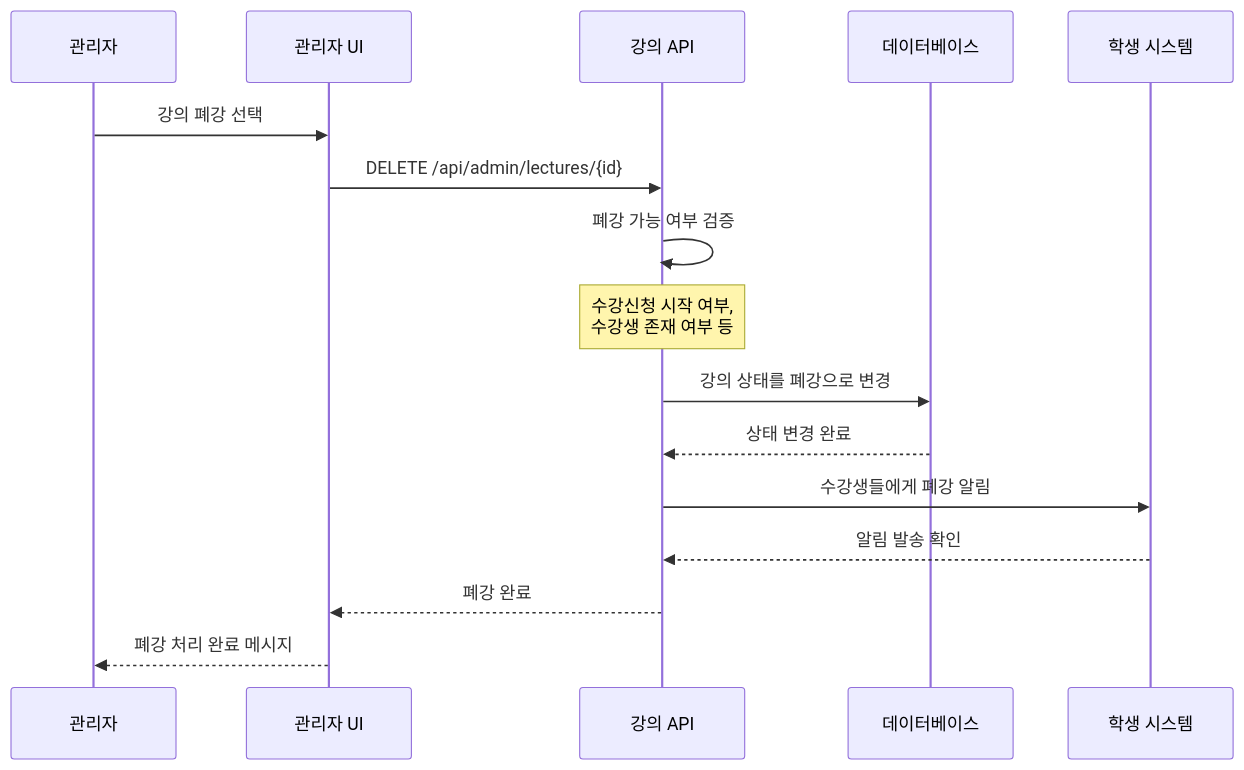
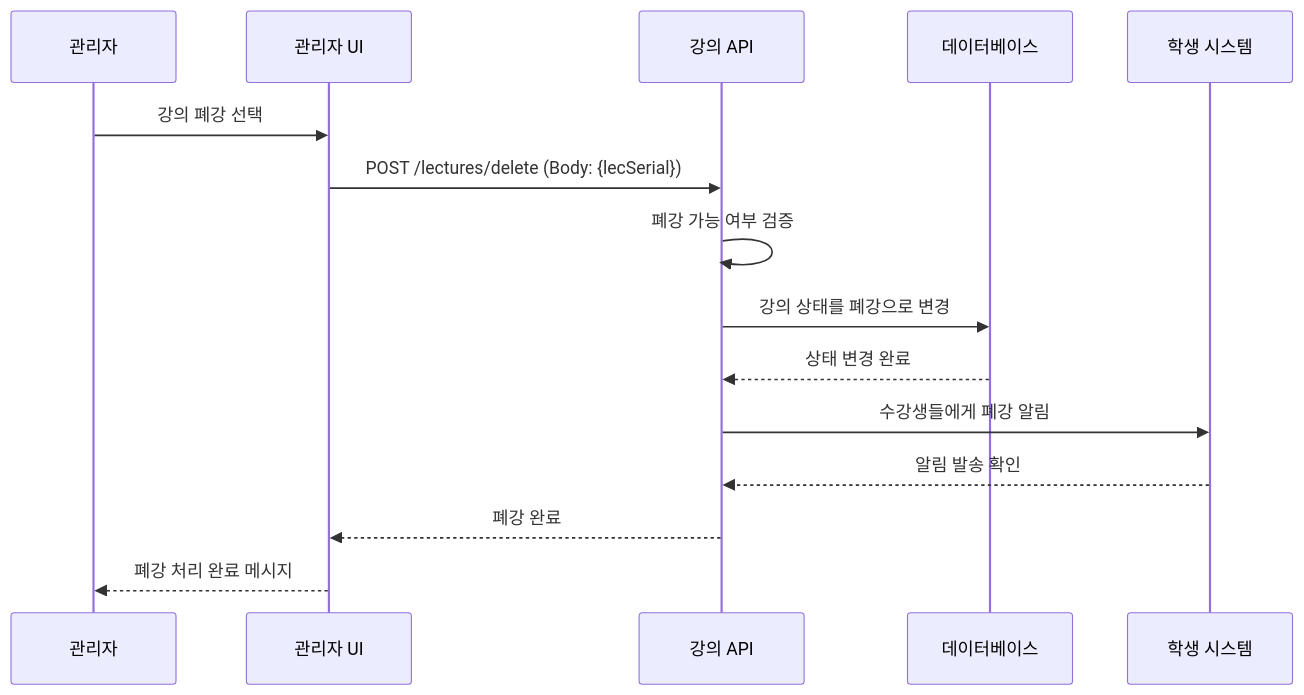
Before and after one commit to hooting76/blue-crab-lms: the fourth of 8 diagrams in backend/BlueCrab/docs/강의관련기능/04-관리자플로우.md, drawn with Mermaid. The commit also changed other lines of this file and 19 other files, not shown here.

````diff
--- a/backend/BlueCrab/docs/강의관련기능/04-관리자플로우.md
+++ b/backend/BlueCrab/docs/강의관련기능/04-관리자플로우.md
@@ -217,22 +204,21 @@
 ```mermaid
 sequenceDiagram
     participant Admin as 관리자
     participant UI as 관리자 UI
     participant API as 강의 API
     participant DB as 데이터베이스
     participant Student as 학생 시스템
 
     Admin->>UI: 강의 폐강 선택
-    UI->>API: DELETE /api/admin/lectures/{id}
+    UI->>API: POST /lectures/delete (Body: {lecSerial})
     API->>API: 폐강 가능 여부 검증
-    Note over API: 수강신청 시작 여부,<br/>수강생 존재 여부 등
 
     API->>DB: 강의 상태를 폐강으로 변경
     DB-->>API: 상태 변경 완료
 
     API->>Student: 수강생들에게 폐강 알림
     Student-->>API: 알림 발송 확인
 
     API-->>UI: 폐강 완료
     UI-->>Admin: 폐강 처리 완료 메시지
 ```
````
